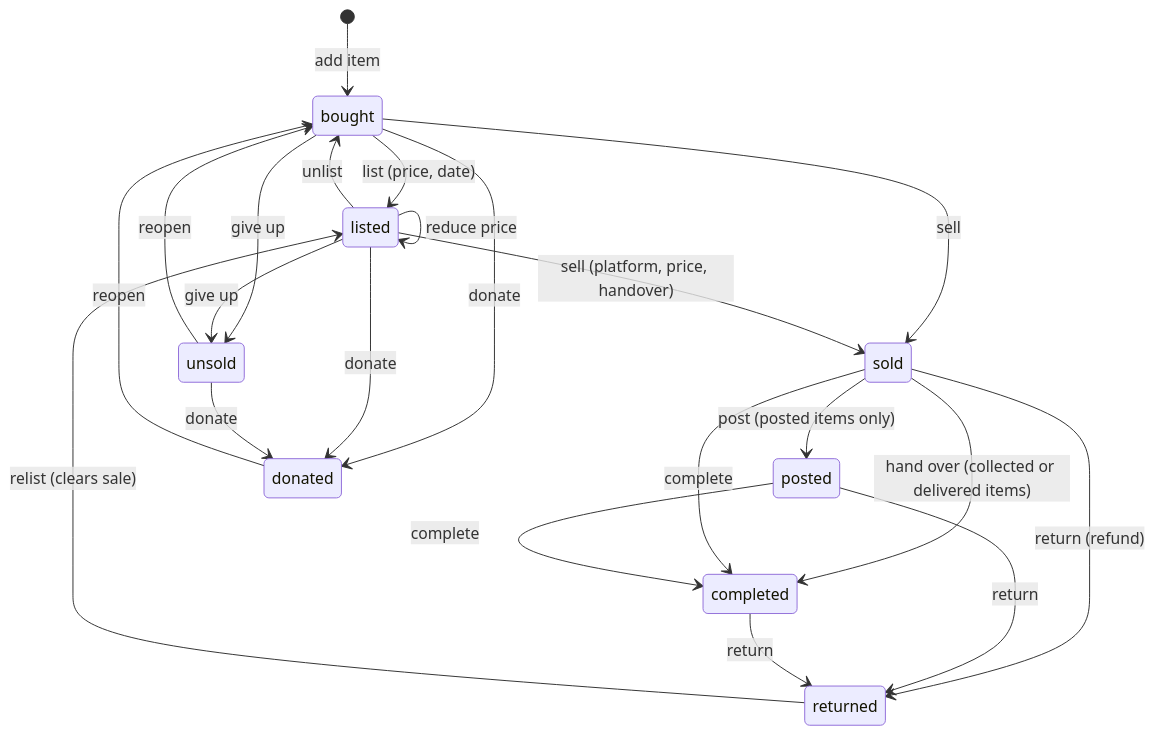
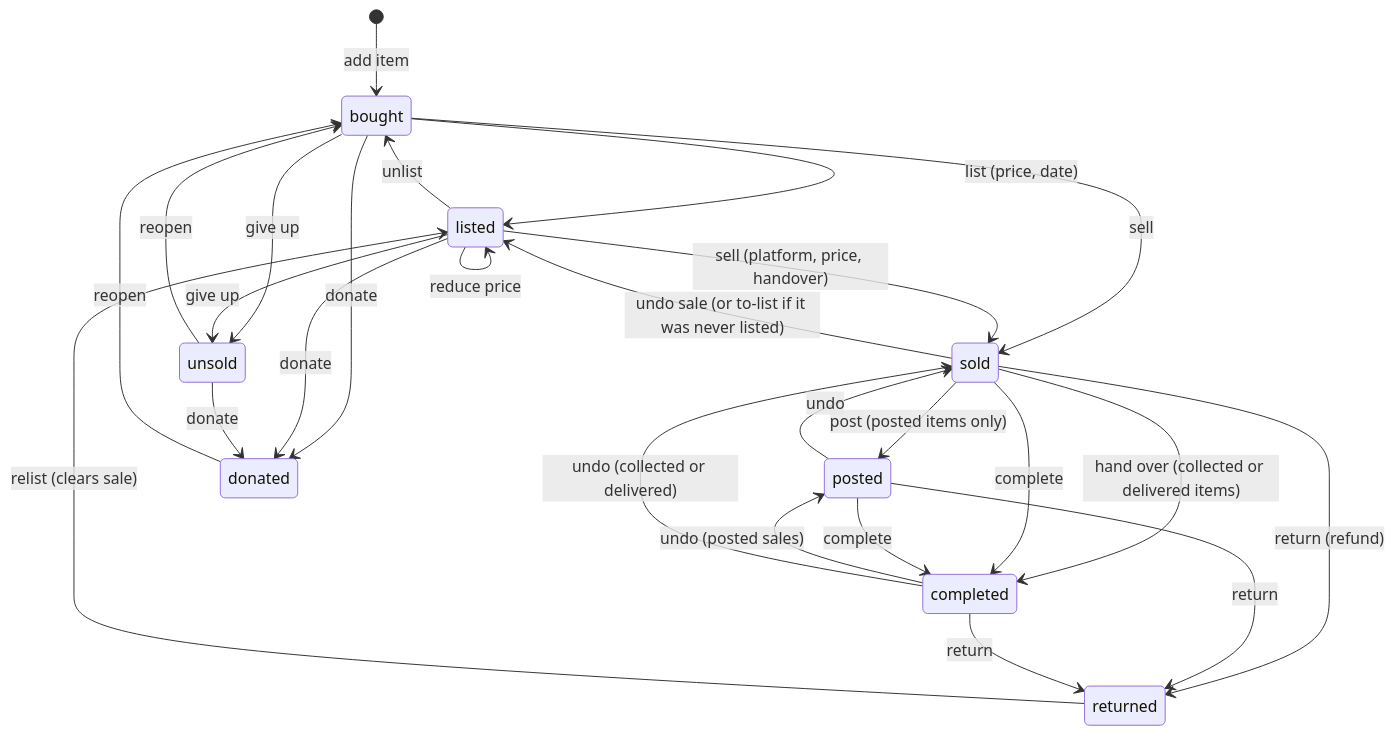
One commit to ross-oliver-ai/HiddenGems changed the second of 2 diagrams in README.md. Above: the diagram before and after it, drawn with Mermaid. The commit also changed other lines of this file and 7 other files, not shown here.

````diff
--- a/README.md
+++ b/README.md
@@ -203,24 +203,28 @@
 ```mermaid
 stateDiagram-v2
   [*] --> bought: add item
   bought --> listed: list (price, date)
   listed --> listed: reduce price
   listed --> bought: unlist
   bought --> sold: sell
   listed --> sold: sell (platform, price, handover)
   sold --> posted: post (posted items only)
   sold --> completed: hand over (collected or delivered items)
   sold --> completed: complete
   posted --> completed: complete
   sold --> returned: return (refund)
   posted --> returned: return
   completed --> returned: return
   returned --> listed: relist (clears sale)
   bought --> unsold: give up
   listed --> unsold: give up
   bought --> donated: donate
   listed --> donated: donate
   unsold --> donated: donate
   unsold --> bought: reopen
   donated --> bought: reopen
+  sold --> listed: undo sale (or to-list if it was never listed)
+  posted --> sold: undo
+  completed --> posted: undo (posted sales)
+  completed --> sold: undo (collected or delivered)
 ```
````
